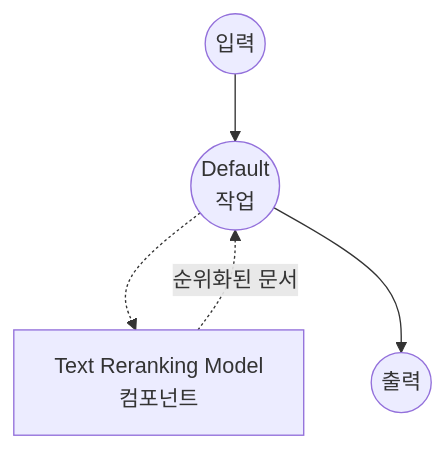
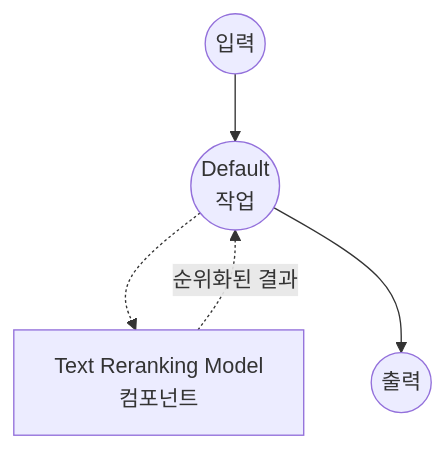
Before and after one commit to hanyeol/model-compose: the diagram in examples/model-tasks/text-reranking/README.ko.md, drawn with Mermaid. The commit also changed other lines of this file and 25 other files, not shown here.

````diff
--- a/examples/model-tasks/text-reranking/README.ko.md
+++ b/examples/model-tasks/text-reranking/README.ko.md
@@ -127,16 +130,16 @@
 ```mermaid
 graph TD
     %% Default job (implicit)
     J1((Default<br/>작업))
 
     %% Component
     C1[Text Reranking Model<br/>컴포넌트]
 
     %% Job to component connections
     J1 -.-> C1
-    C1 -.-> |순위화된 문서| J1
+    C1 -.-> |순위화된 결과| J1
 
     %% Input/Output
     Input((입력)) --> J1
     J1 --> Output((출력))
 ```
````
